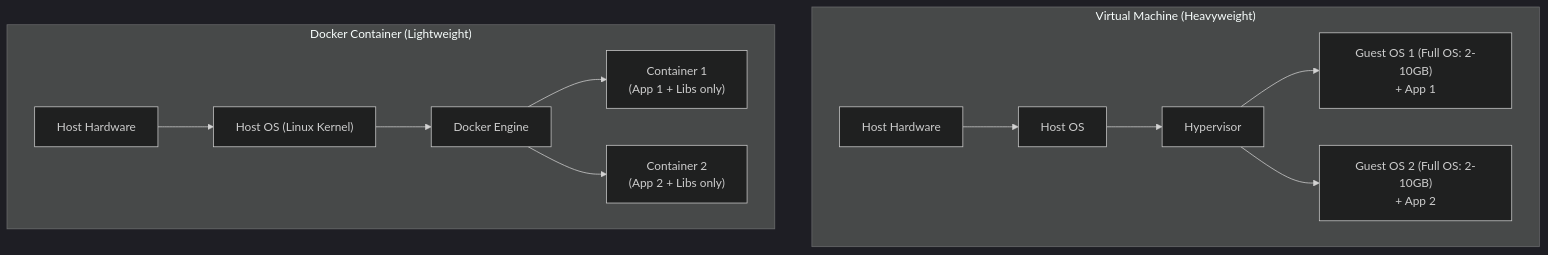
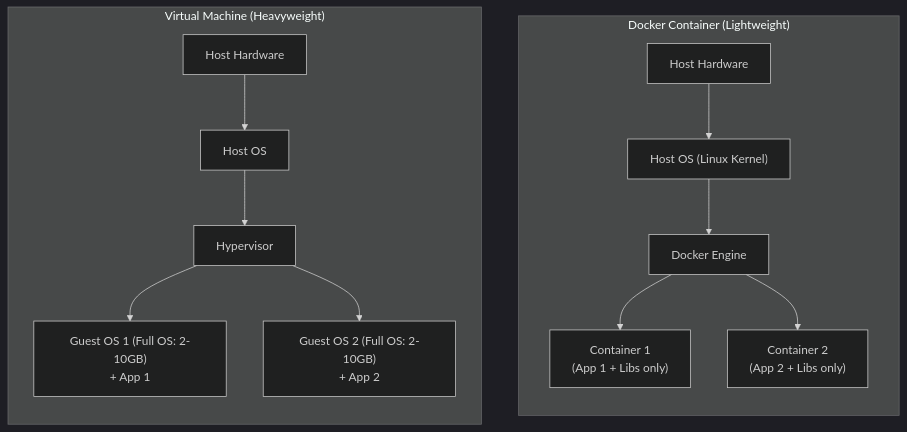
The third of 14 diagrams in 07-Backend-Engineering/Docker.md (rohithgowda18/Notes), drawn with Mermaid (dark theme) before and after one commit. The commit also changed other lines of this file and 15 other files, not shown here.

Commit message:
docs: audit Mermaid diagrams, optimize side-by-side layouts, and deduplicate DBMS advanced notes

````diff
--- a/07-Backend-Engineering/Docker.md
+++ b/07-Backend-Engineering/Docker.md
@@ -124,14 +124,18 @@
 ```mermaid
-flowchart TD
+flowchart LR
     subgraph VM_Arch ["Virtual Machine (Heavyweight)"]
+        direction TB
         HW1["Host Hardware"] --> OS1["Host OS"] --> Hyp["Hypervisor"]
-        Hyp --> VM1["Guest OS 1 (Full OS: 2-10GB)\n+ App 1"]
-        Hyp --> VM2["Guest OS 2 (Full OS: 2-10GB)\n+ App 2"]
+        Hyp --> VM1["Guest OS 1 (Full OS: 2-10GB)<br/>+ App 1"]
+        Hyp --> VM2["Guest OS 2 (Full OS: 2-10GB)<br/>+ App 2"]
     end
 
+    VM_Arch ~~~ Container_Arch
+
     subgraph Container_Arch ["Docker Container (Lightweight)"]
+        direction TB
         HW2["Host Hardware"] --> OS2["Host OS (Linux Kernel)"] --> DE["Docker Engine"]
-        DE --> C1["Container 1\n(App 1 + Libs only)"]
-        DE --> C2["Container 2\n(App 2 + Libs only)"]
+        DE --> C1["Container 1<br/>(App 1 + Libs only)"]
+        DE --> C2["Container 2<br/>(App 2 + Libs only)"]
     end
 ```
````
